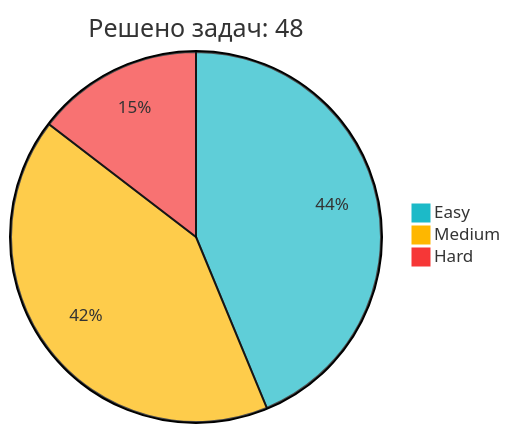
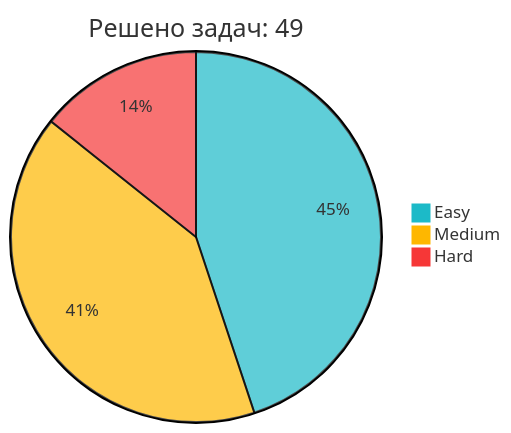
One commit to IliaKurdukov/IliaKurdukov changed the diagram in README.md. Above: the diagram before and after it, drawn with Mermaid. The commit also changed other lines of this file, not shown here.

Commit message:
📈 Обновление статистики LeetCode

````diff
--- a/README.md
+++ b/README.md
@@ -51,7 +51,7 @@
 ```mermaid
 %%{init: {'theme': 'base', 'themeVariables': { 'pie1': '#1CBAC8', 'pie2': '#FEB700', 'pie3': '#F63737' }, 'config': {'width': 300, 'height': 200}}}%%
-pie title Решено задач: 48
-   "Easy" : 21
+pie title Решено задач: 49
+   "Easy" : 22
    "Medium" : 20
    "Hard" : 7
 ```
````
